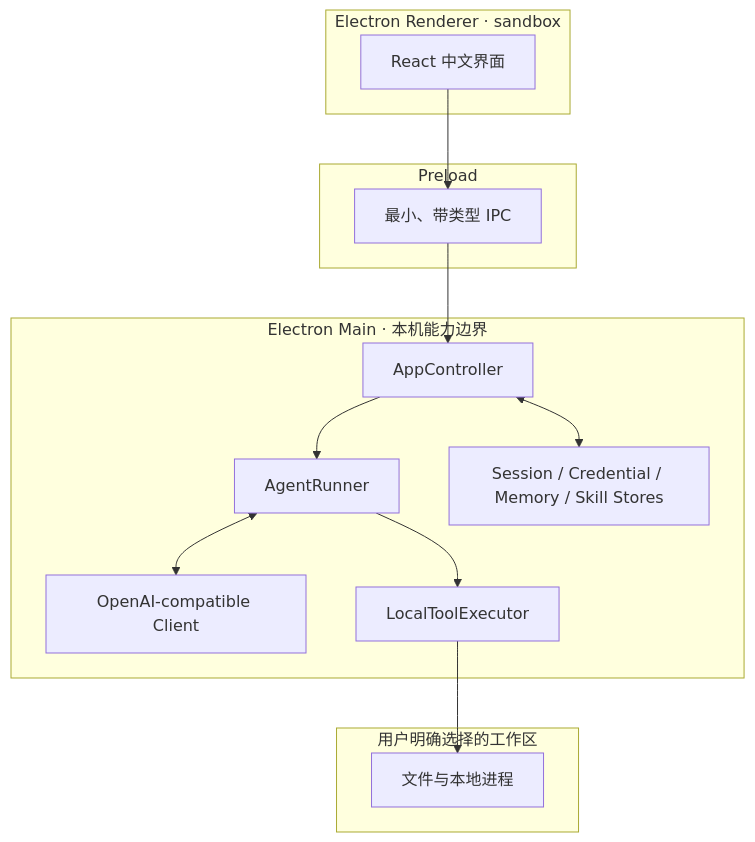
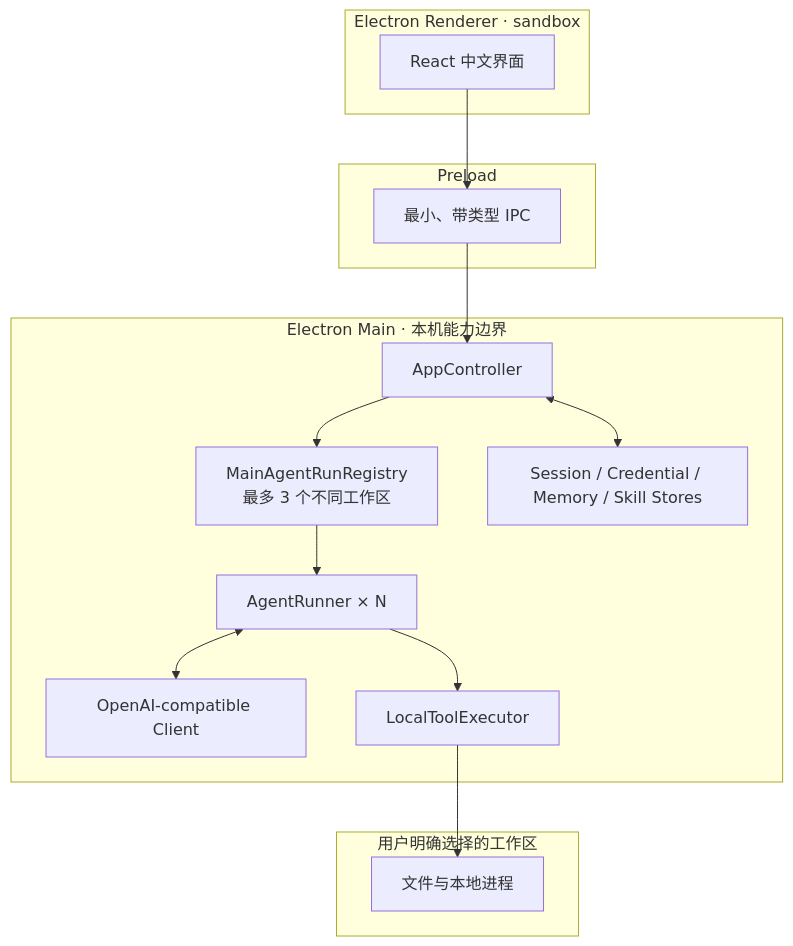
One commit to Nortenshawn/HammerCode changed the second of 2 diagrams in README.md. Above: the diagram before and after it, drawn with Mermaid. The commit also changed other lines of this file and 3 other files, not shown here.

````diff
--- a/README.md
+++ b/README.md
@@ -93,28 +93,29 @@
 ```mermaid
 flowchart TB
     subgraph Renderer[Electron Renderer · sandbox]
       UI[React 中文界面]
     end
 
     subgraph Bridge[Preload]
       IPC[最小、带类型 IPC]
     end
 
     subgraph Main[Electron Main · 本机能力边界]
       CTRL[AppController]
-      RUNNER[AgentRunner]
+      REGISTRY[MainAgentRunRegistry<br/>最多 3 个不同工作区]
+      RUNNER[AgentRunner × N]
       MODEL[OpenAI-compatible Client]
       TOOLS[LocalToolExecutor]
       STORE[Session / Credential / Memory / Skill Stores]
     end
 
     subgraph Workspace[用户明确选择的工作区]
       FILES[文件与本地进程]
     end
 
     UI --> IPC --> CTRL
-    CTRL --> RUNNER
+    CTRL --> REGISTRY --> RUNNER
     RUNNER <--> MODEL
     RUNNER --> TOOLS --> FILES
     CTRL <--> STORE
 ```
````
